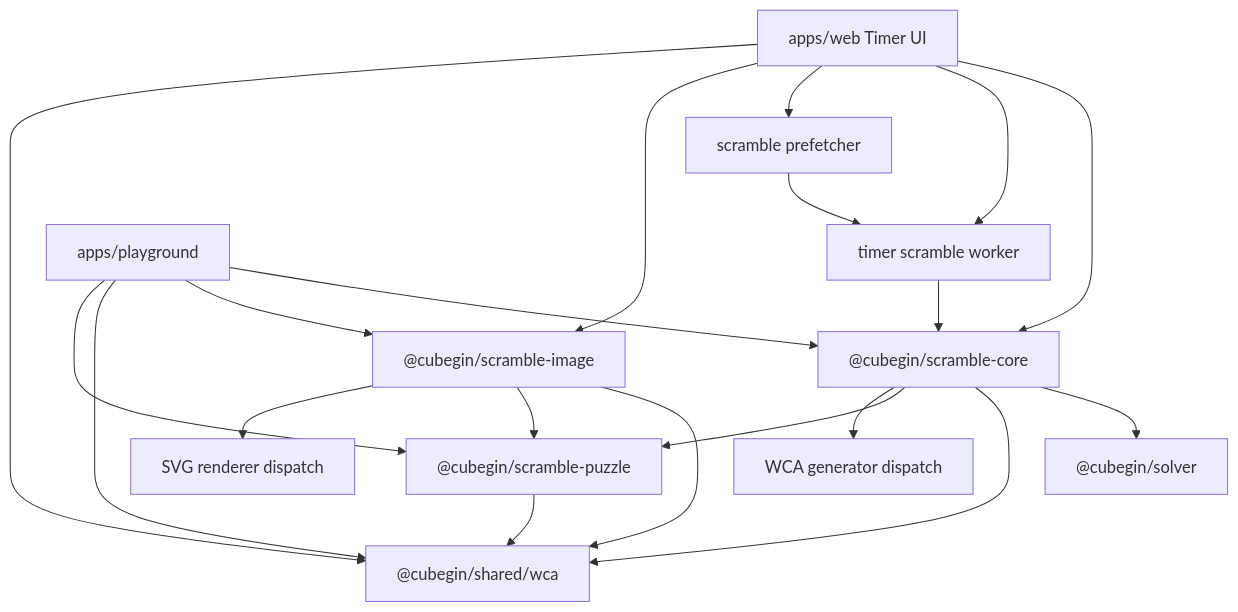
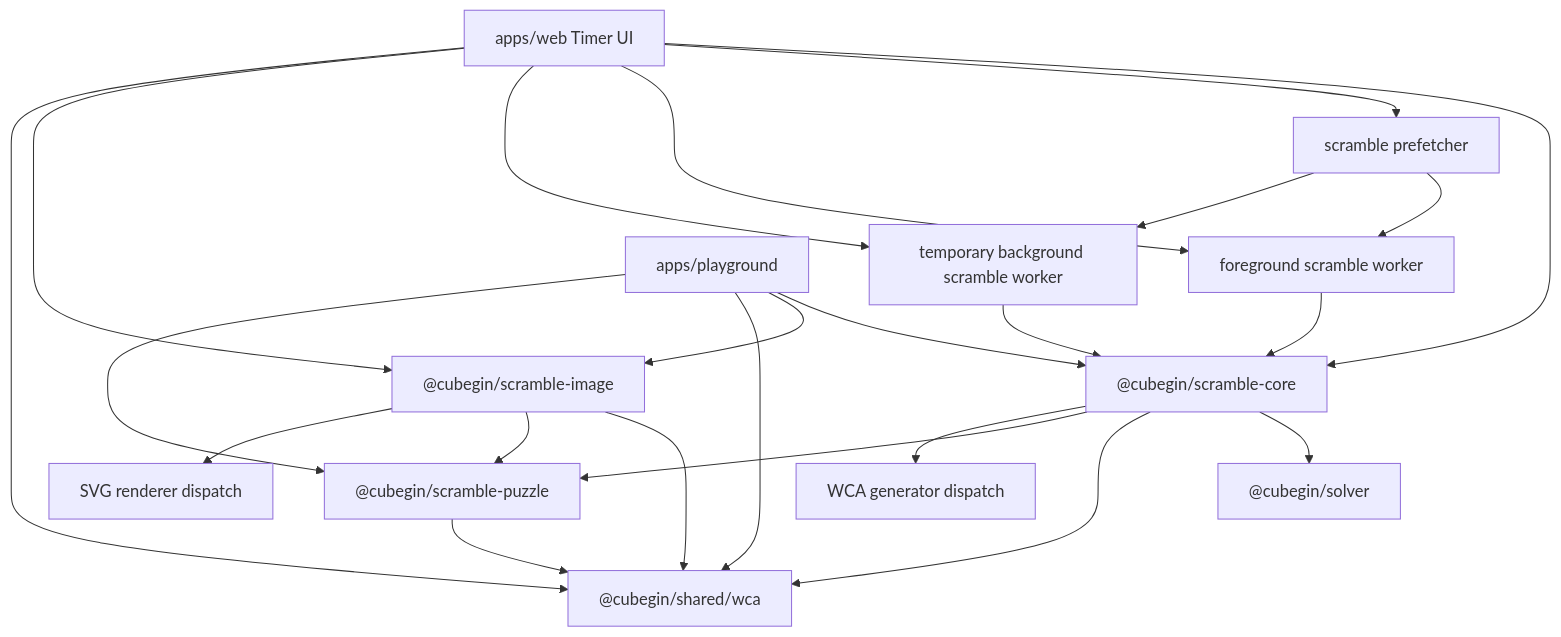
The diagram in docs/scramble-runtime.md (deweyou/cube-kit), drawn with Mermaid before and after one commit. The commit also changed other lines of this file and 14 other files, not shown here.

Commit message:
feat(web): move timer scrambles onto worker prefetch

````diff
--- a/docs/scramble-runtime.md
+++ b/docs/scramble-runtime.md
@@ -3,22 +3,25 @@
 ```mermaid
 flowchart TD
     UI["apps/web Timer UI"] --> Core["@cubegin/scramble-core"]
-    UI --> Worker["timer scramble worker"]
     UI --> Prefetch["scramble prefetcher"]
-    Prefetch --> Worker
-    Worker --> Core
+    UI --> ForegroundWorker["foreground scramble worker"]
+    UI --> BackgroundWorker["temporary background scramble worker"]
+    Prefetch --> ForegroundWorker
+    Prefetch --> BackgroundWorker
+    ForegroundWorker --> Core
+    BackgroundWorker --> Core
     UI --> Image["@cubegin/scramble-image"]
     UI --> Shared["@cubegin/shared/wca"]
     Playground["apps/playground"] --> Core
     Playground --> Image
     Playground --> Shared
     Playground --> Puzzle
     Core --> Solver["@cubegin/solver"]
     Puzzle["@cubegin/scramble-puzzle"] --> Shared
     Core --> Shared
     Core --> Puzzle
     Image --> Shared
     Image --> Puzzle
     Core --> Generators["WCA generator dispatch"]
     Image --> Renderers["SVG renderer dispatch"]
 ```
````
